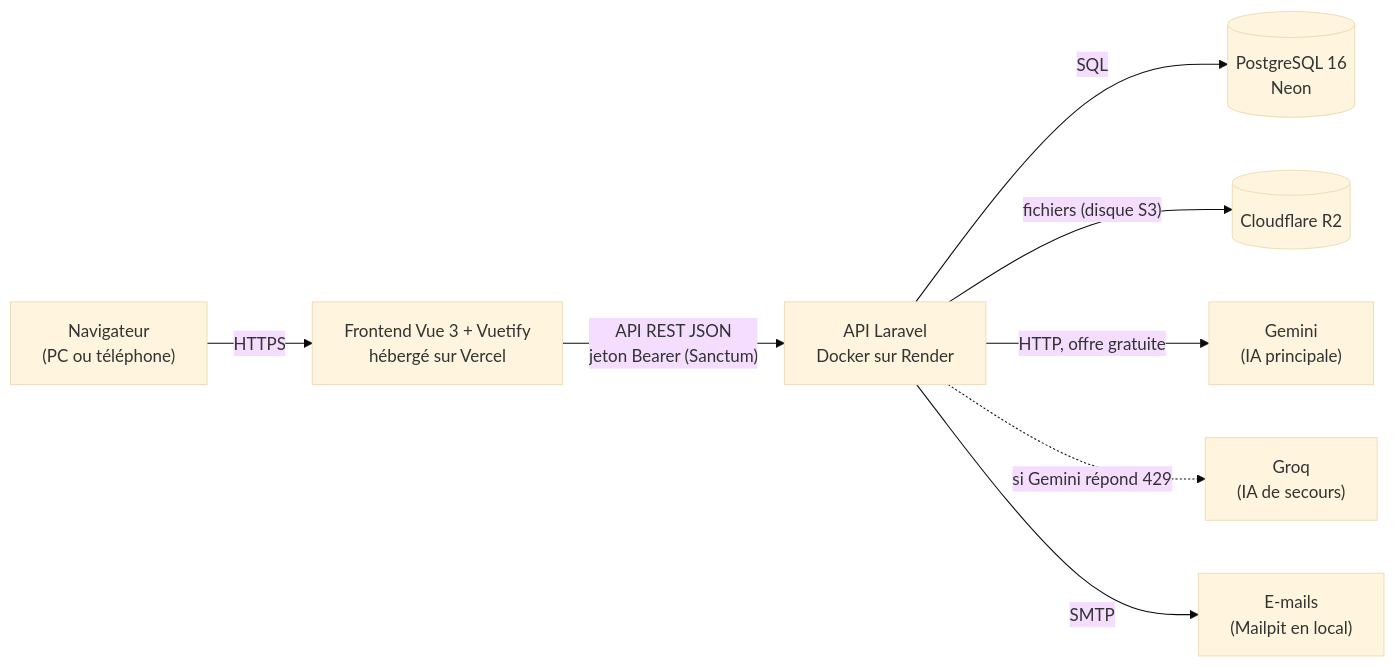
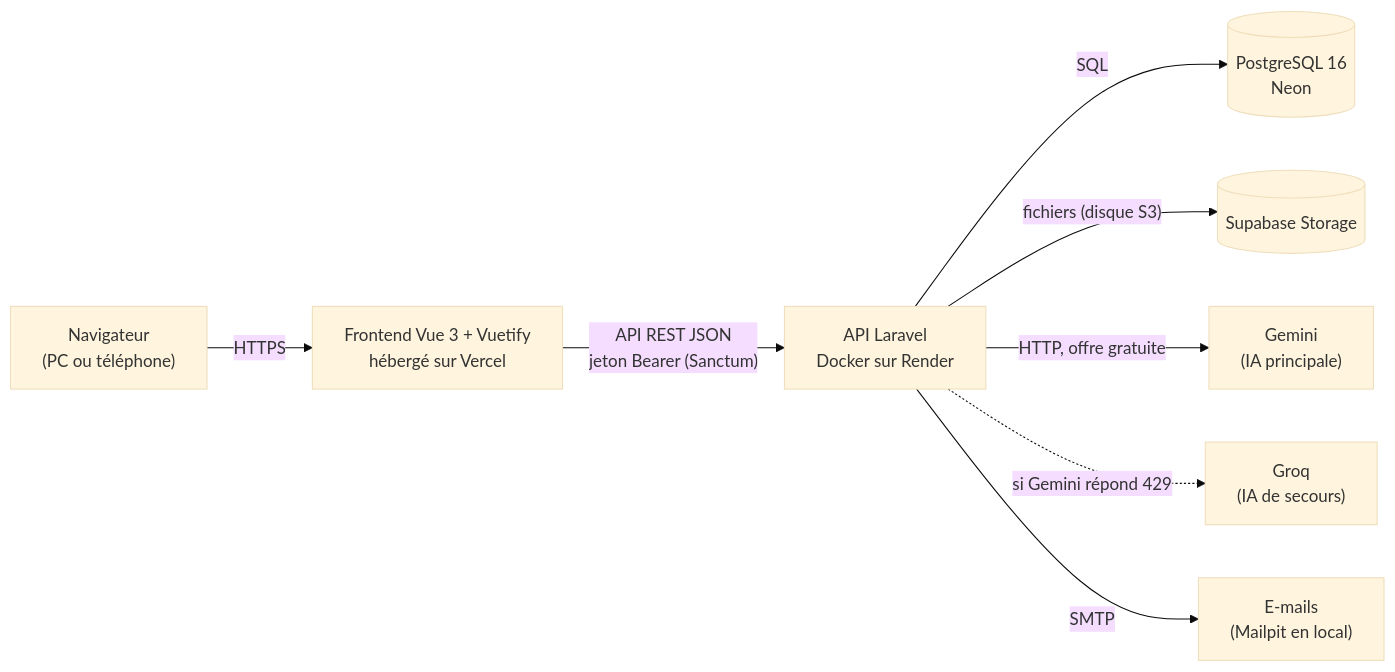
One commit to ChahredineBACCOUCH/uniconnect changed the first of 4 diagrams in docs/architecture.md. Above: the diagram before and after it, drawn with Mermaid (base theme). The commit also changed other lines of this file and 7 other files, not shown here.

````diff
--- a/docs/architecture.md
+++ b/docs/architecture.md
@@ -5,10 +5,10 @@
 ```mermaid
 flowchart LR
   N["Navigateur<br/>(PC ou téléphone)"] -->|HTTPS| V["Frontend Vue 3 + Vuetify<br/>hébergé sur Vercel"]
   V -->|"API REST JSON<br/>jeton Bearer (Sanctum)"| R["API Laravel<br/>Docker sur Render"]
   R -->|SQL| P[("PostgreSQL 16<br/>Neon")]
-  R -->|"fichiers (disque S3)"| F[("Cloudflare R2")]
+  R -->|"fichiers (disque S3)"| F[("Supabase Storage")]
   R -->|"HTTP, offre gratuite"| G["Gemini<br/>(IA principale)"]
   R -.->|"si Gemini répond 429"| Q["Groq<br/>(IA de secours)"]
   R -->|SMTP| M["E-mails<br/>(Mailpit en local)"]
 ```
````
